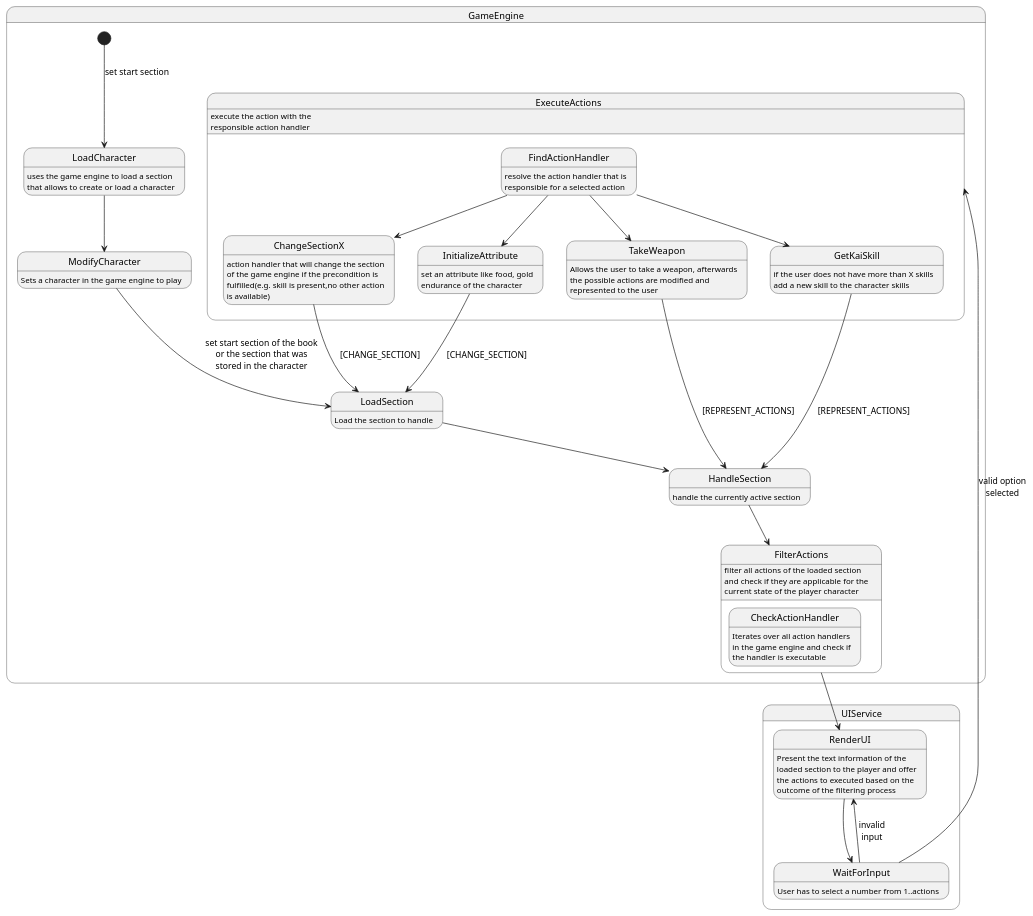
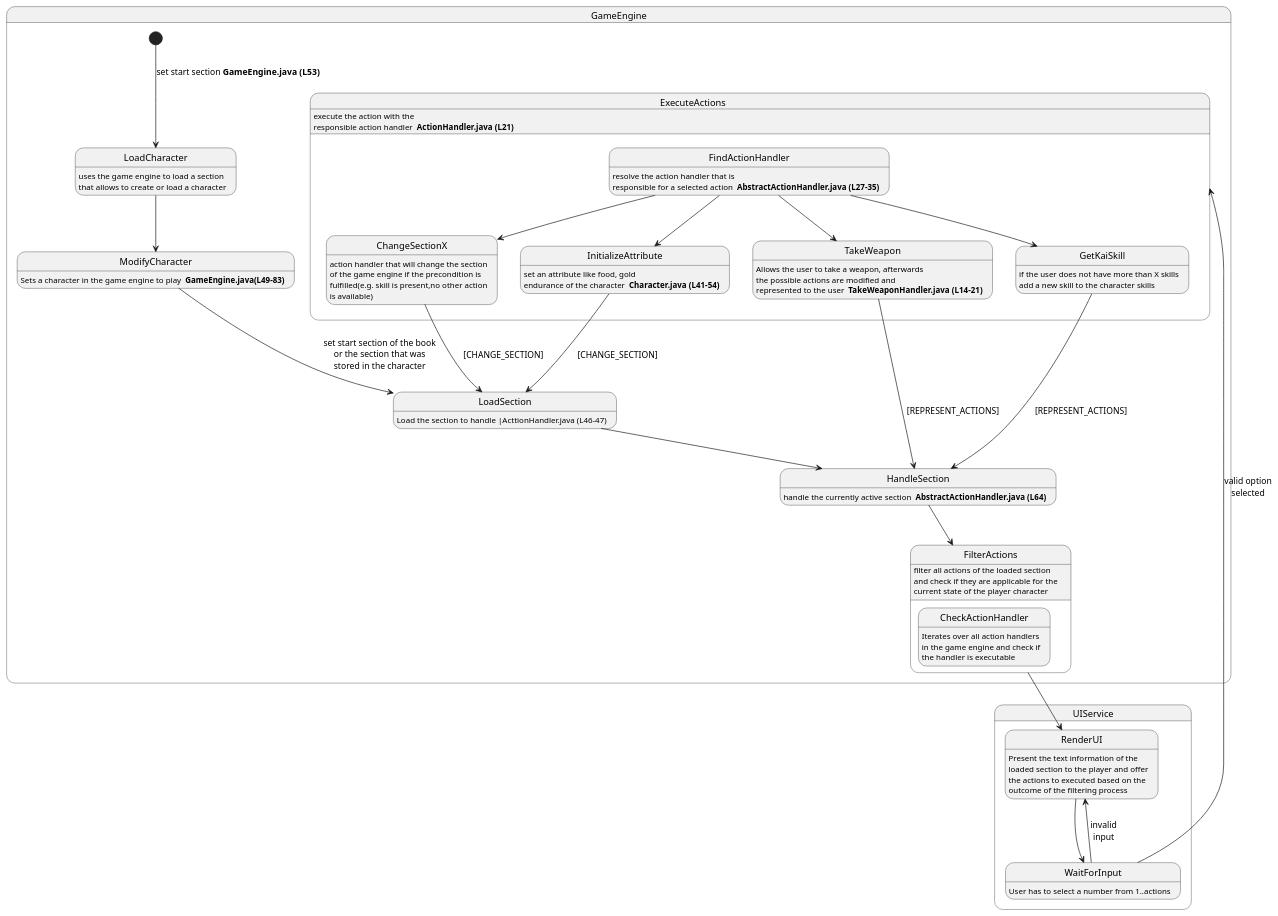
Before and after one commit to Ventar/EinsamerWolfGame: the diagram in engine/src/main/java/net/atos/wolf/state.puml, drawn with PlantUML. The commit also changed 20 other files, not shown here.

```diff
--- a/engine/src/main/java/net/atos/wolf/state.puml
+++ b/engine/src/main/java/net/atos/wolf/state.puml
@@ -1,60 +1,60 @@
 @startuml
 
 
 
 state GameEngine {
 
-    [*] --> LoadCharacter: set start section
+    [*] --> LoadCharacter: set start section <b>GameEngine.java (L53)
     LoadCharacter: uses the game engine to load a section\nthat allows to create or load a character
     LoadCharacter --> ModifyCharacter
-    ModifyCharacter: Sets a character in the game engine to play
+    ModifyCharacter: Sets a character in the game engine to play <b> GameEngine.java(L49-83)
     ModifyCharacter --> LoadSection: set start section of the book\nor the section that was\nstored in the character
     LoadSection --> HandleSection
-    LoadSection: Load the section to handle
-    HandleSection: handle the currently active section
+    LoadSection: Load the section to handle |ActtionHandler.java (L46-47)
+    HandleSection: handle the currently active section <b> AbstractActionHandler.java (L64)
     HandleSection --> FilterActions
 
     state FilterActions {
         FilterActions: filter all actions of the loaded section\nand check if they are applicable for the\ncurrent state of the player character
         CheckActionHandler: Iterates over all action handlers\nin the game engine and check if\nthe handler is executable
     }
 
     state ExecuteActions {
-        ExecuteActions: execute the action with the\nresponsible action handler
+        ExecuteActions: execute the action with the\nresponsible action handler <b> ActionHandler.java (L21)
 
-        FindActionHandler: resolve the action handler that is\nresponsible for a selected action
+        FindActionHandler: resolve the action handler that is\nresponsible for a selected action <b> AbstractActionHandler.java (L27-35)
 
         FindActionHandler --> ChangeSectionX
         ChangeSectionX: action handler that will change the section\nof the game engine if the precondition is\nfulfilled(e.g. skill is present,no other action\nis available)
         ChangeSectionX --> LoadSection: [CHANGE_SECTION]
 
         FindActionHandler --> InitializeAttribute
-        InitializeAttribute: set an attribute like food, gold\nendurance of the character
+        InitializeAttribute: set an attribute like food, gold\nendurance of the character <b> Character.java (L41-54)
         InitializeAttribute --> LoadSection: [CHANGE_SECTION]
 
         FindActionHandler --> TakeWeapon
-        TakeWeapon: Allows the user to take a weapon, afterwards\nthe possible actions are modified and\nrepresented to the user
+        TakeWeapon: Allows the user to take a weapon, afterwards\nthe possible actions are modified and\nrepresented to the user <b> TakeWeaponHandler.java (L14-21)
         TakeWeapon --> HandleSection: [REPRESENT_ACTIONS]
 
         FindActionHandler --> GetKaiSkill
         GetKaiSkill: if the user does not have more than X skills\nadd a new skill to the character skills
         GetKaiSkill --> HandleSection: [REPRESENT_ACTIONS]
     }
 
 }
 
 state UIService {
     FilterActions --> RenderUI
     RenderUI -->  WaitForInput
     RenderUI: Present the text information of the\nloaded section to the player and offer\nthe actions to executed based on the\noutcome of the filtering process
     WaitForInput: User has to select a number from 1..actions
 
     WaitForInput --> RenderUI: invalid\ninput
     WaitForInput --> ExecuteActions: valid option\nselected
 }
 
 
 
 
 
 @enduml
```
